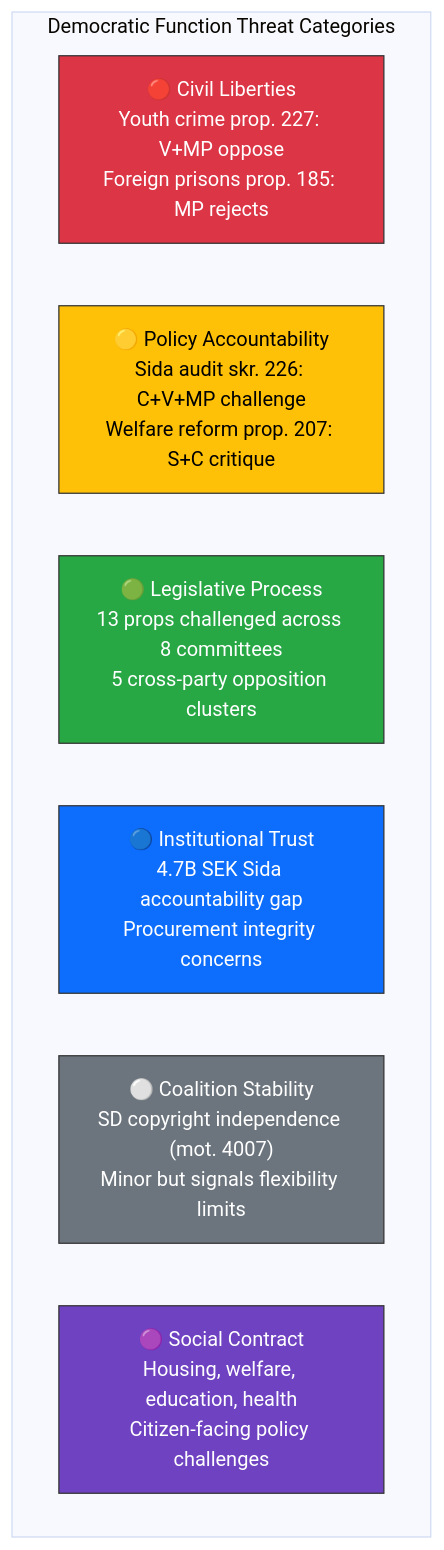
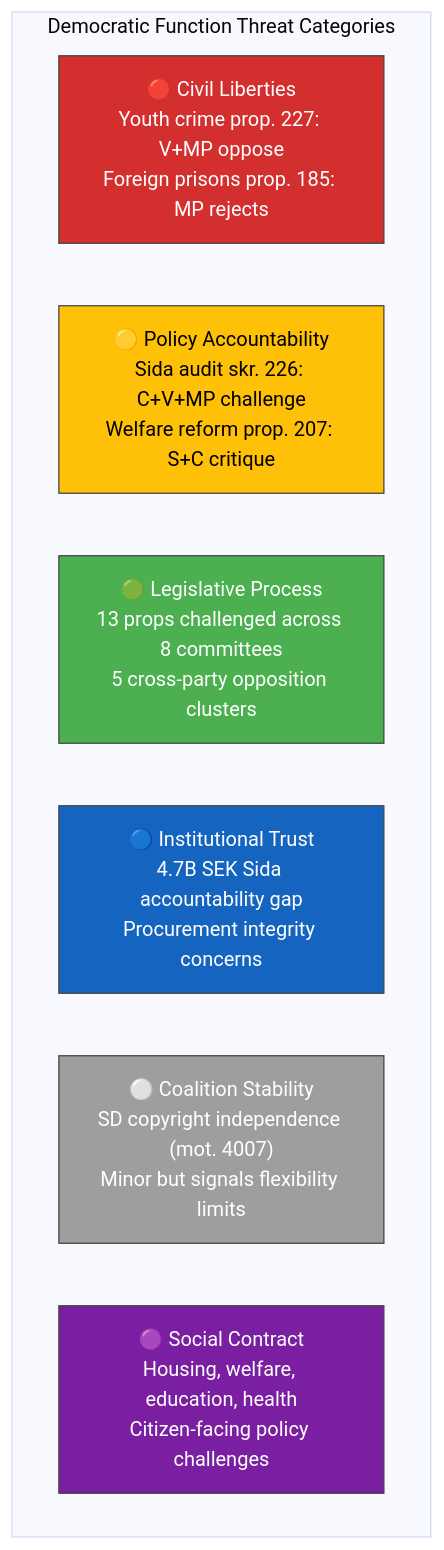
The diagram in analysis/daily/2026-04-10/motions/threat-analysis.md (Hack23/riksdagsmonitor), drawn with Mermaid (base theme) before and after one commit. The commit also changed 785 other files, not shown here.

First line of the commit message:
Normalize mermaid colors across 786 analysis artifacts to ISMS Style Guide palette

````diff
--- a/analysis/daily/2026-04-10/motions/threat-analysis.md
+++ b/analysis/daily/2026-04-10/motions/threat-analysis.md
@@ -15,17 +15,17 @@
 ```mermaid
 graph TD
     subgraph "Democratic Function Threat Categories"
         T1["🔴 Civil Liberties<br/>Youth crime prop. 227: V+MP oppose<br/>Foreign prisons prop. 185: MP rejects"]
         T2["🟡 Policy Accountability<br/>Sida audit skr. 226: C+V+MP challenge<br/>Welfare reform prop. 207: S+C critique"]
         T3["🟢 Legislative Process<br/>13 props challenged across 8 committees<br/>5 cross-party opposition clusters"]
         T4["🔵 Institutional Trust<br/>4.7B SEK Sida accountability gap<br/>Procurement integrity concerns"]
         T5["⚪ Coalition Stability<br/>SD copyright independence (mot. 4007)<br/>Minor but signals flexibility limits"]
         T6["🟣 Social Contract<br/>Housing, welfare, education, health<br/>Citizen-facing policy challenges"]
     end
-    style T1 fill:#dc3545,stroke:#333,color:#fff
-    style T2 fill:#ffc107,stroke:#333,color:#000
-    style T3 fill:#28a745,stroke:#333,color:#fff
-    style T4 fill:#0d6efd,stroke:#333,color:#fff
-    style T5 fill:#6c757d,stroke:#333,color:#fff
-    style T6 fill:#6f42c1,stroke:#333,color:#fff
+    style T1 fill:#D32F2F,stroke:#424242,color:#FFFFFF
+    style T2 fill:#FFC107,stroke:#424242,color:#000000
+    style T3 fill:#4CAF50,stroke:#424242,color:#FFFFFF
+    style T4 fill:#1565C0,stroke:#424242,color:#FFFFFF
+    style T5 fill:#9E9E9E,stroke:#424242,color:#FFFFFF
+    style T6 fill:#7B1FA2,stroke:#424242,color:#FFFFFF
 ```
````
